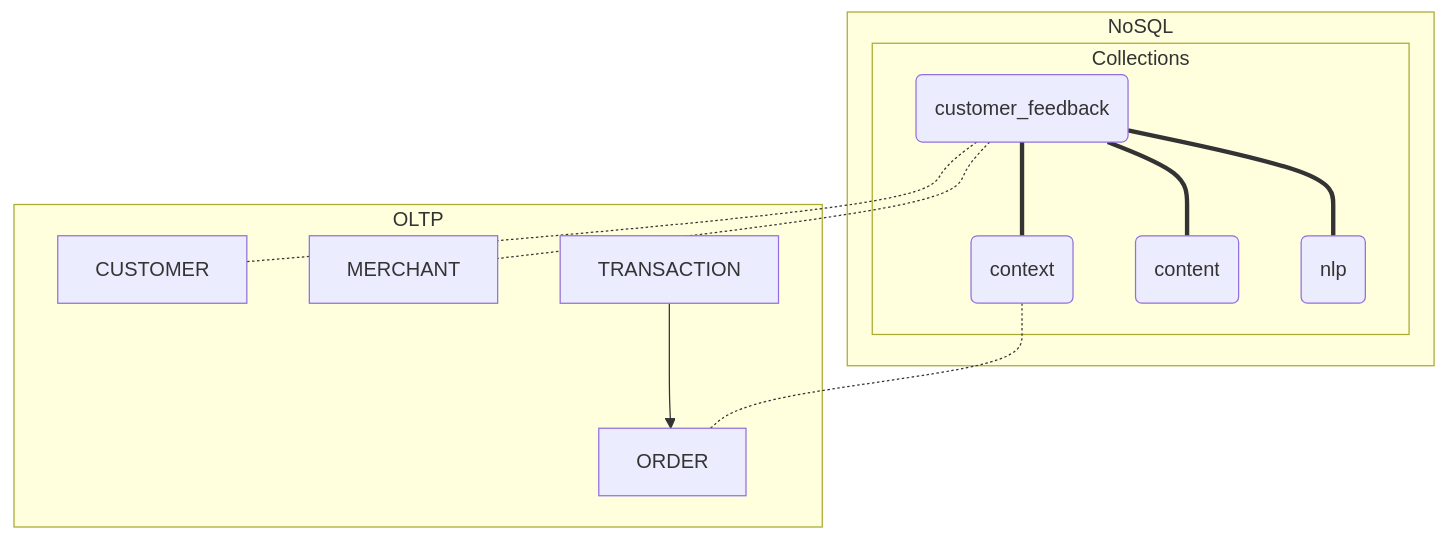
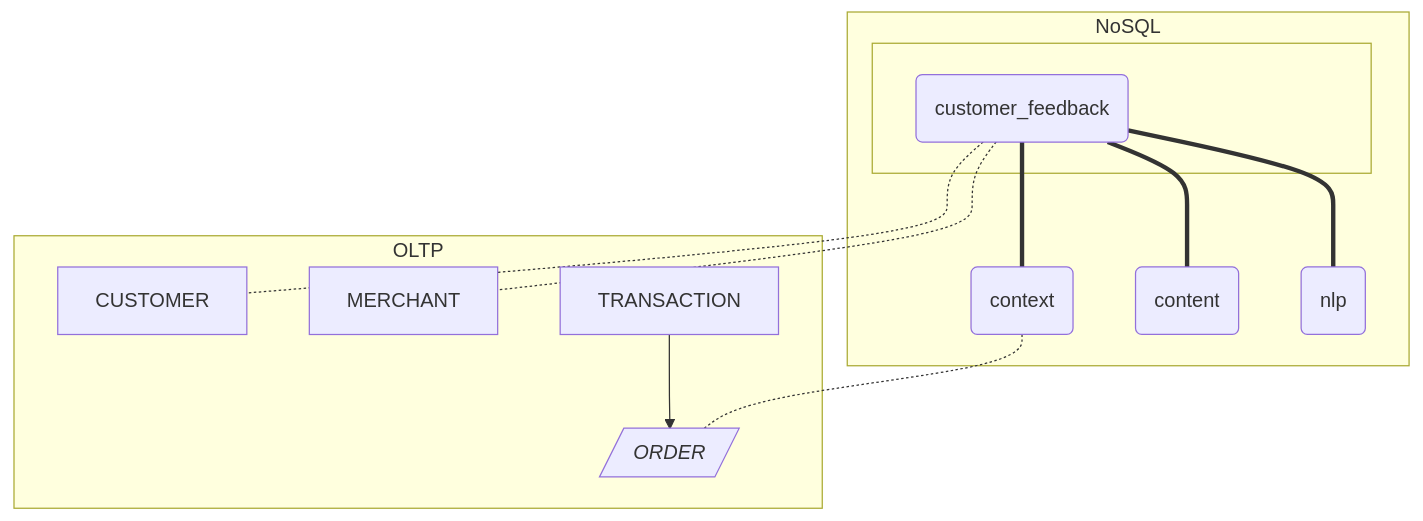
Before and after one commit to nicolaspichon-git/jedha-data-scientist-lead-bloc2--stripe-project: the diagram in sources/diagrams/stripe-project--d1-data-architecture--diagram-6-4--nosql-model-4.md, drawn with Mermaid. The commit also changed other lines of this file and 33 other files, not shown here.

````diff
--- a/sources/diagrams/stripe-project--d1-data-architecture--diagram-6-4--nosql-model-4.md
+++ b/sources/diagrams/stripe-project--d1-data-architecture--diagram-6-4--nosql-model-4.md
@@ -17,28 +17,26 @@
 ```mermaid
 flowchart TB
     subgraph OLTP["OLTP"]
         CUSTOMER
         MERCHANT
-        ORDER
+        ORDER[/"<i>ORDER</i>"/]
         TRANSACTION
     end 
-
     subgraph NOSQL["NoSQL"]
-        subgraph COLLECTIONS["Collections"]
+        subgraph COLLS[" "]
             C_CUSTOMER_FEEDBACK("customer_feedback")
-            C_CF_CONTEXT("context")
-            C_CF_CONTENT("content")
-            C_CF_NLP("nlp")
         end
-
+		C_CF_CONTEXT("context")
+		C_CF_CONTENT("content")
+		C_CF_NLP("nlp")
     end
 
     TRANSACTION --> ORDER  
 
     C_CF_CONTEXT -.- ORDER
     C_CUSTOMER_FEEDBACK === C_CF_CONTEXT
     C_CUSTOMER_FEEDBACK === C_CF_CONTENT
     C_CUSTOMER_FEEDBACK === C_CF_NLP
     C_CUSTOMER_FEEDBACK -.- CUSTOMER
     C_CUSTOMER_FEEDBACK -.- MERCHANT
 ```
````
